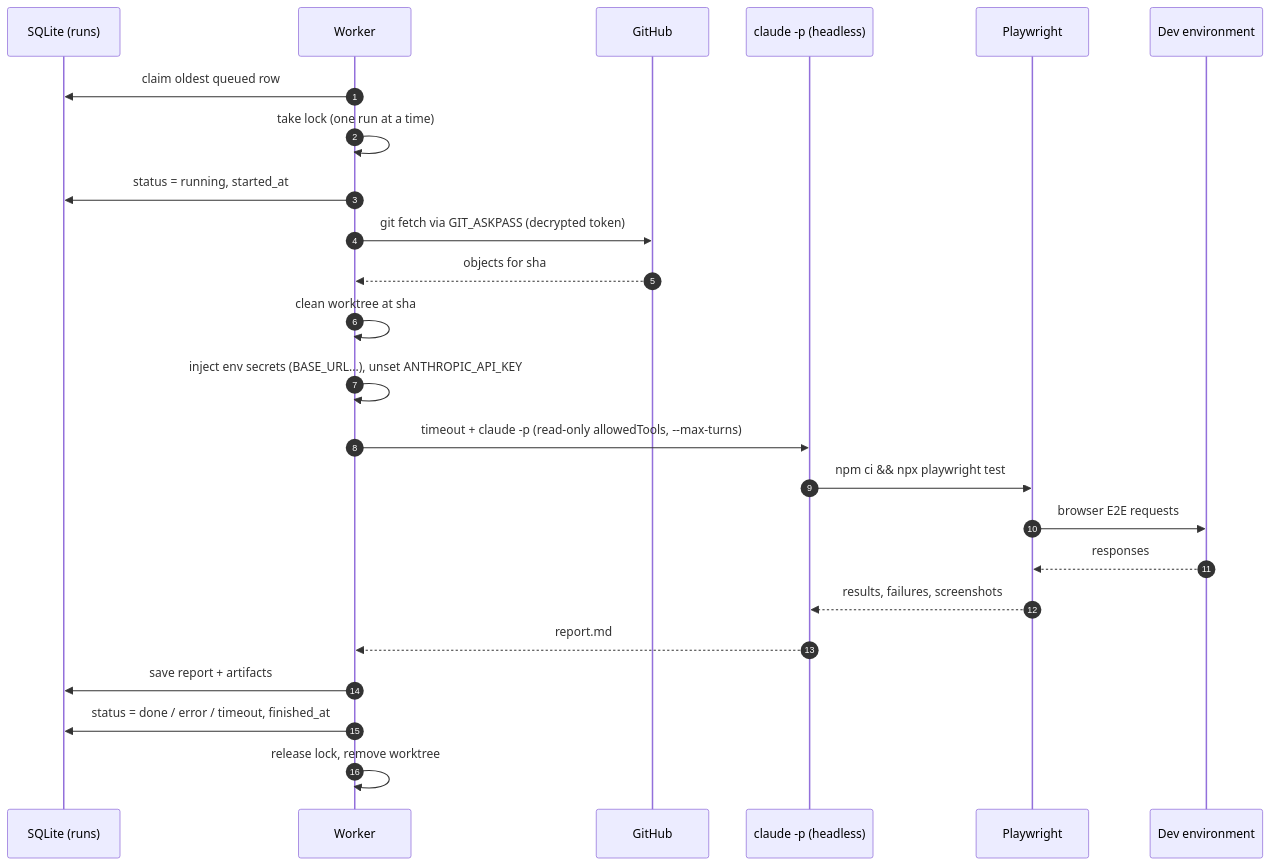
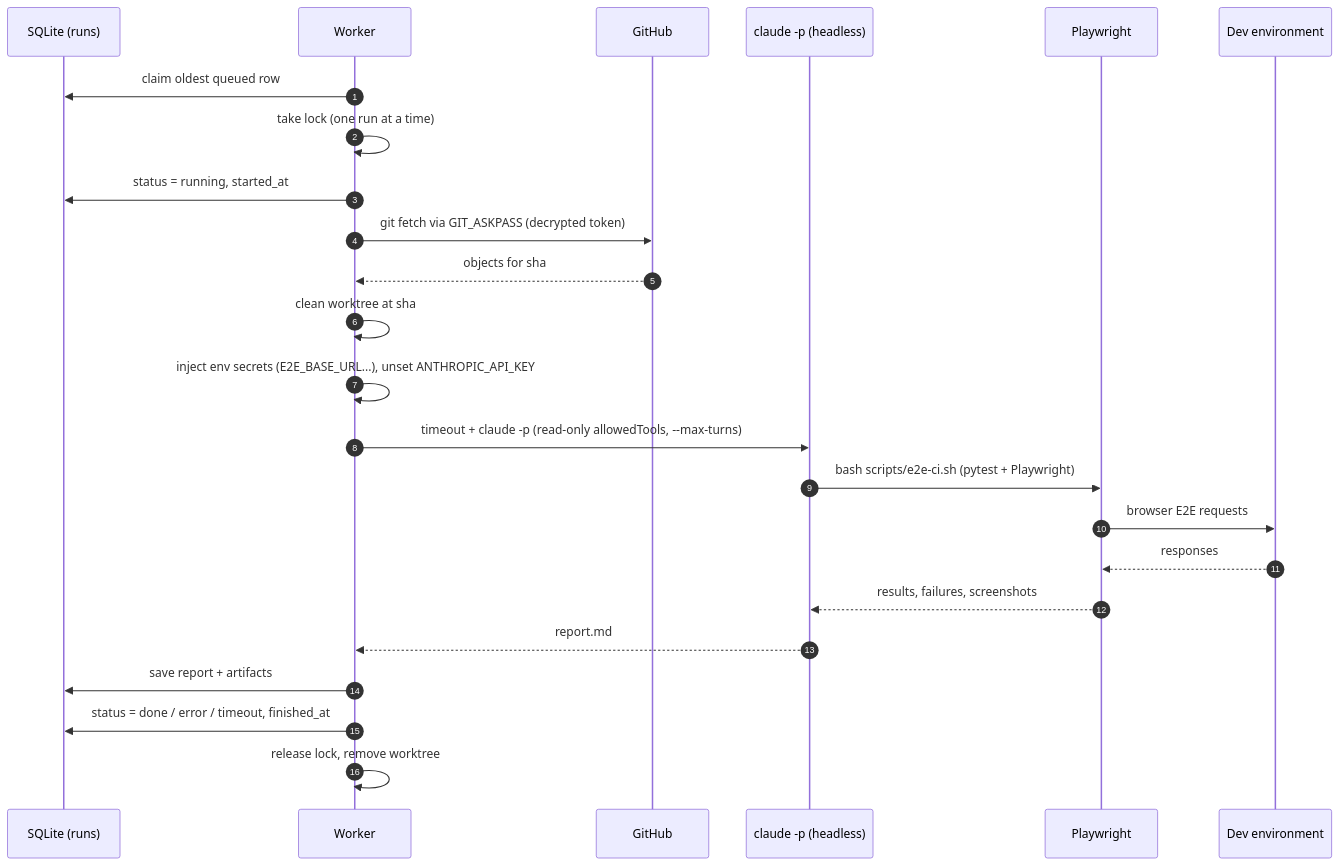
The second of 3 diagrams in docs/architecture/diagram/01-vps-receives-request.md (buitahau/cloud-agent), drawn with Mermaid before and after one commit. The commit also changed 14 other files, not shown here.

First line of the commit message:
Adapt MVP docs to the target repo's Python Playwright + pytest suite

````diff
--- a/docs/architecture/diagram/01-vps-receives-request.md
+++ b/docs/architecture/diagram/01-vps-receives-request.md
@@ -22,27 +22,27 @@
 ```mermaid
 sequenceDiagram
     autonumber
     participant DB as SQLite (runs)
     participant W as Worker
     participant GH as GitHub
     participant C as claude -p (headless)
     participant P as Playwright
     participant Dev as Dev environment
 
     W->>DB: claim oldest queued row
     W->>W: take lock (one run at a time)
     W->>DB: status = running, started_at
     W->>GH: git fetch via GIT_ASKPASS (decrypted token)
     GH-->>W: objects for sha
     W->>W: clean worktree at sha
-    W->>W: inject env secrets (BASE_URL...), unset ANTHROPIC_API_KEY
+    W->>W: inject env secrets (E2E_BASE_URL...), unset ANTHROPIC_API_KEY
     W->>C: timeout + claude -p (read-only allowedTools, --max-turns)
-    C->>P: npm ci && npx playwright test
+    C->>P: bash scripts/e2e-ci.sh (pytest + Playwright)
     P->>Dev: browser E2E requests
     Dev-->>P: responses
     P-->>C: results, failures, screenshots
     C-->>W: report.md
     W->>DB: save report + artifacts
     W->>DB: status = done / error / timeout, finished_at
     W->>W: release lock, remove worktree
 ```
````
